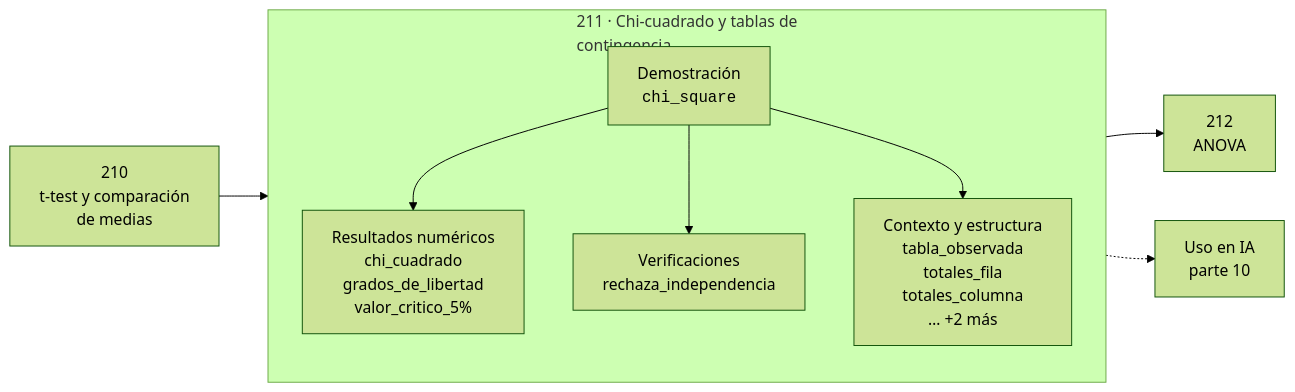
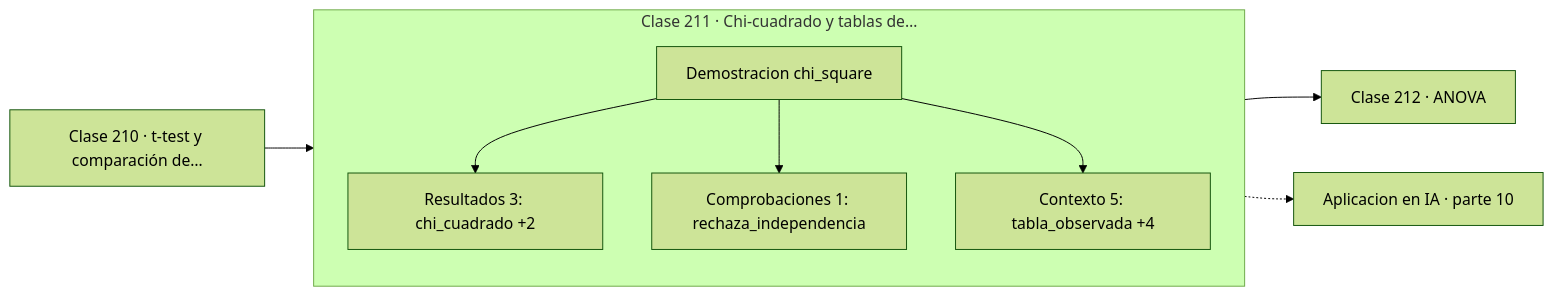
The diagram in classes/part-10-estadistica-e-inferencia/211-chi-cuadrado-y-tablas-de-contingencia/README.md (vladimiracunadev-create/computational-mathematics-program), drawn with Mermaid (forest theme) before and after one commit. The commit also changed 389 other files, not shown here.

First line of the commit message:
fix(diagramas): elimina el HTML de las etiquetas Mermaid

````diff
--- a/classes/part-10-estadistica-e-inferencia/211-chi-cuadrado-y-tablas-de-contingencia/README.md
+++ b/classes/part-10-estadistica-e-inferencia/211-chi-cuadrado-y-tablas-de-contingencia/README.md
@@ -30,12 +30,13 @@
 ```mermaid
 flowchart LR
-    P["210<br/>t-test y comparación<br/>de medias"] --> C
-    subgraph C["211 · Chi-cuadrado y tablas de<br/>contingencia"]
+    P["Clase 210 · t-test y comparación de…"] --> D
+    subgraph CLASE["Clase 211 · Chi-cuadrado y tablas de…"]
         direction TB
-        D["Demostración<br/><code>chi_square</code>"] --> R["Resultados numéricos<br/>chi_cuadrado<br/>grados_de_libertad<br/>valor_critico_5%"]
-        D --> V["Verificaciones<br/>rechaza_independencia"]
-        D --> O["Contexto y estructura<br/>tabla_observada<br/>totales_fila<br/>totales_columna<br/>… +2 más"]
+        D["Demostracion chi_square"]
+        D --> R["Resultados 3: chi_cuadrado +2"]
+        D --> V["Comprobaciones 1: rechaza_independencia"]
+        D --> O["Contexto 5: tabla_observada +4"]
     end
-    C --> N["212<br/>ANOVA"]
-    C -.-> IA["Uso en IA<br/>parte 10"]
+    R --> N["Clase 212 · ANOVA"]
+    V -.-> IA["Aplicacion en IA · parte 10"]
 ```
````
